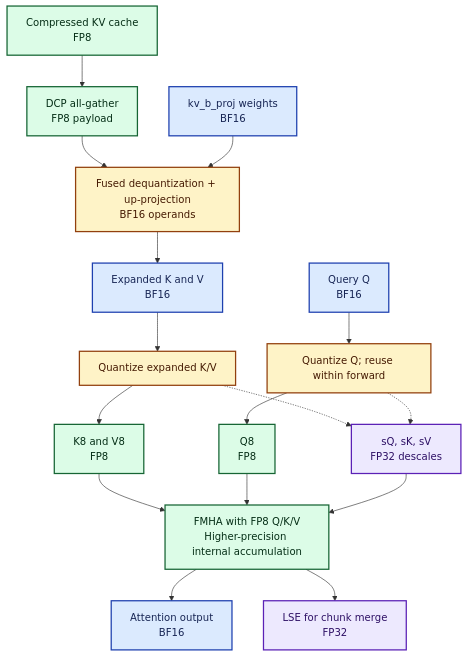
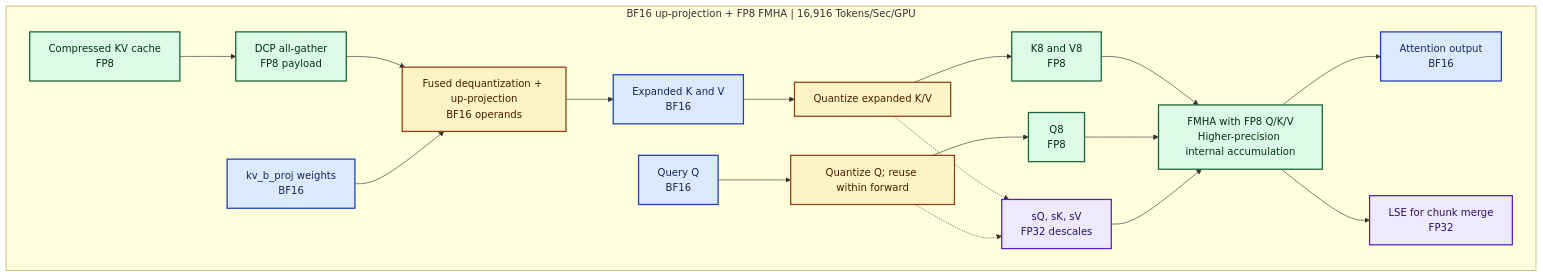
One commit to ajith-sirra-amd/InferenceMAX_Rocm_Team changed the second of 3 diagrams in docs/kimi/fp8-fmha-dataflow.md. Above: the diagram before and after it, drawn with Mermaid. The commit also changed other lines of this file and 1 other file, not shown here.

First line of the commit message:
docs: add baseline and direct FP8 projection charts

````diff
--- a/docs/kimi/fp8-fmha-dataflow.md
+++ b/docs/kimi/fp8-fmha-dataflow.md
@@ -23,34 +69,36 @@
 ```mermaid
 flowchart TD
+    subgraph Established["BF16 up-projection + FP8 FMHA | 16,916 Tokens/Sec/GPU"]
     C["Compressed KV cache<br/>FP8"]
     G["DCP all-gather<br/>FP8 payload"]
     W["kv_b_proj weights<br/>BF16"]
     R["Fused dequantization + up-projection<br/>BF16 operands"]
     B["Expanded K and V<br/>BF16"]
     Q["Query Q<br/>BF16"]
     KQ["Quantize expanded K/V"]
     QQ["Quantize Q; reuse within forward"]
     K8["K8 and V8<br/>FP8"]
     Q8["Q8<br/>FP8"]
     S["sQ, sK, sV<br/>FP32 descales"]
     F["FMHA with FP8 Q/K/V<br/>Higher-precision internal accumulation"]
     O["Attention output<br/>BF16"]
     L["LSE for chunk merge<br/>FP32"]
     C --> G --> R
     W --> R
     R --> B --> KQ --> K8 --> F
     Q --> QQ --> Q8 --> F
     KQ -.-> S
     QQ -.-> S
     S --> F
     F --> O
     F --> L
     classDef fp8 fill:#DCFCE7,stroke:#166534,color:#052E16,stroke-width:2px
     classDef bf16 fill:#DBEAFE,stroke:#1E40AF,color:#172554,stroke-width:2px
     classDef conversion fill:#FEF3C7,stroke:#92400E,color:#451A03,stroke-width:2px
     classDef fp32 fill:#EDE9FE,stroke:#5B21B6,color:#2E1065,stroke-width:2px
     class C,G,K8,Q8,F fp8
     class W,B,Q,O bf16
     class R,KQ,QQ conversion
     class S,L fp32
+    end
 ```
````
